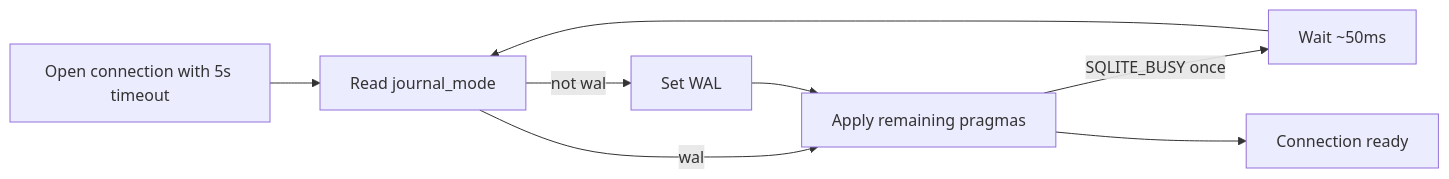
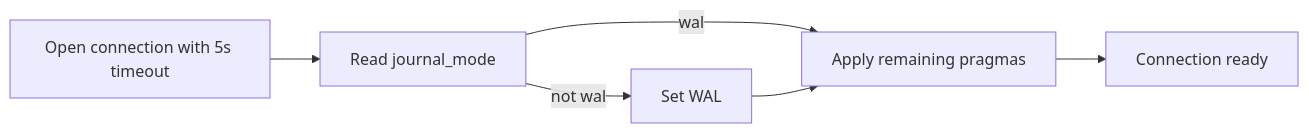
The diagram in docs/ai/design/2026-08-30-feature-db-wal-concurrency.md (codeaholicguy/ai-devkit), drawn with Mermaid before and after one commit. The commit also changed other lines of this file and 8 other files, not shown here.

````diff
--- a/docs/ai/design/2026-08-30-feature-db-wal-concurrency.md
+++ b/docs/ai/design/2026-08-30-feature-db-wal-concurrency.md
@@ -9,10 +9,8 @@
 ```mermaid
 flowchart LR
     Open[Open connection with 5s timeout] --> Read[Read journal_mode]
     Read -->|not wal| Set[Set WAL]
     Read -->|wal| Rest[Apply remaining pragmas]
     Set --> Rest
-    Rest -->|SQLITE_BUSY once| Wait[Wait ~50ms]
-    Wait --> Read
     Rest --> Done[Connection ready]
 ```
````
